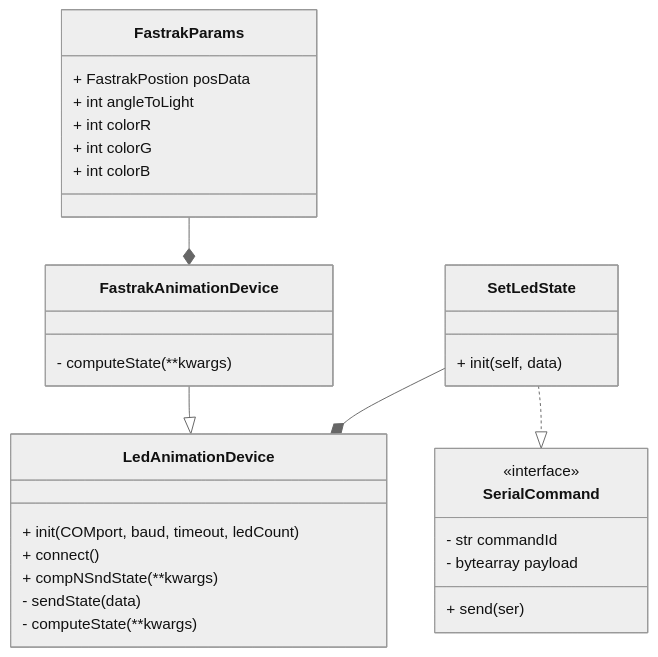
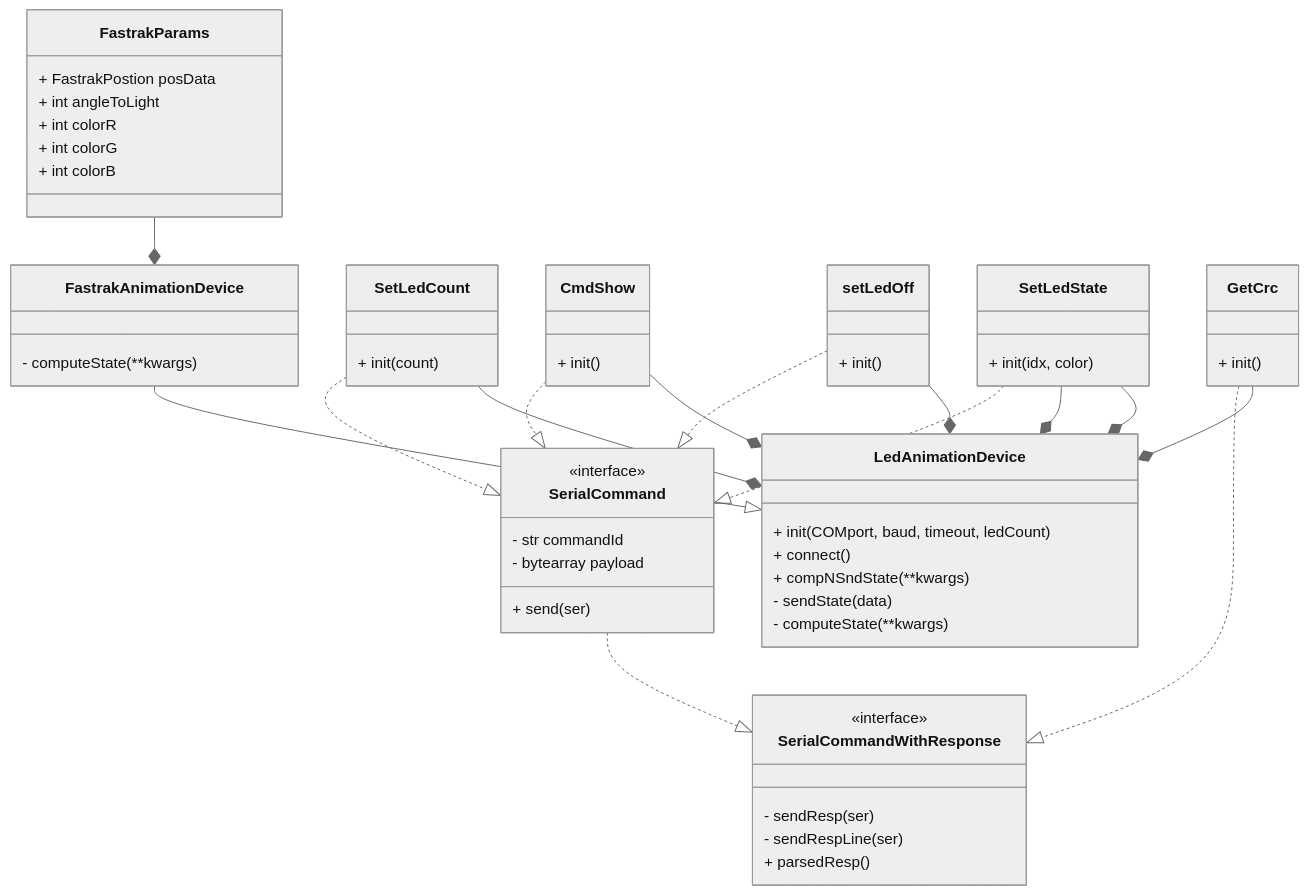
The fourth of 4 diagrams in docs/README.md (Nontrivial-Solutions/Simple-LED-Animation-Serial-Driver), drawn with Mermaid (neutral theme) before and after one commit.

Commit message:
[🐞] Class Diagram was not Updated for New Commands (#15)
BUG: Fixes docs to include new commands

````diff
--- a/docs/README.md
+++ b/docs/README.md
@@ -255,42 +255,74 @@
 ```mermaid
 classDiagram
     class LedAnimationDevice {
         + init( COMport, baud, timeout, ledCount) 
         + connect() 
         + compNSndState( **kwargs) 
         - sendState( data) 
         - computeState( **kwargs) 
     }
 
     class FastrakAnimationDevice {
         - computeState( **kwargs) 
     }
 
     class FastrakParams {
         + FastrakPostion posData
         + int angleToLight
         + int colorR
         + int colorG
         + int colorB
     }
 
+    class SetLedCount{
+        + init(count) 
+    }
+    
+    class CmdShow{
+        + init() 
+    }
 
+    class setLedOff{
+        + init() 
+    }
+    
     class SetLedState {
-        + init(self, data) 
+        + init(idx, color) 
+    }
+    
+    class GetCrc{
+        + init() 
     }
     
     class SerialCommand {
         <<interface>>
         - str commandId
         - bytearray payload
         + send(ser) 
     }
+    
+    class SerialCommandWithResponse {
+        <<interface>>
+        - sendResp(ser)
+        - sendRespLine(ser)
+        + parsedResp() 
+    }
 
     SetLedState ..|> SerialCommand
+    CmdShow ..|> SerialCommand
+    setLedOff ..|> SerialCommand
+    SetLedCount ..|> SerialCommand
+    GetCrc ..|> SerialCommandWithResponse
+    SerialCommand ..|> SerialCommandWithResponse
 
     FastrakAnimationDevice --|> LedAnimationDevice
 
     FastrakParams --* FastrakAnimationDevice 
     SetLedState --* LedAnimationDevice 
+    SetLedState --* LedAnimationDevice 
+    CmdShow --* LedAnimationDevice 
+    setLedOff --* LedAnimationDevice 
+    SetLedCount --* LedAnimationDevice 
+    GetCrc --* LedAnimationDevice 
 
 ```
````
